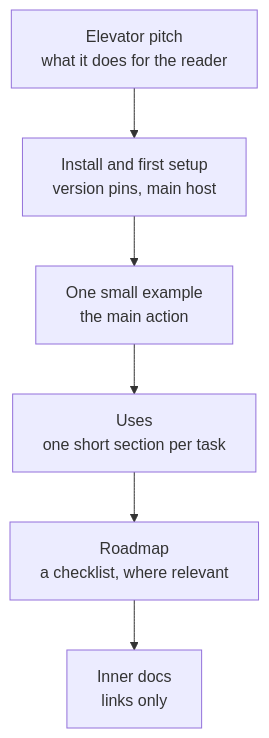
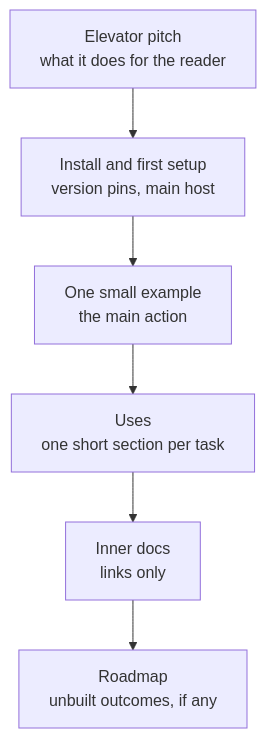
One commit to wrkhse/workhorse changed the first of 2 diagrams in docs/repository-standards.md. Above: the diagram before and after it, drawn with Mermaid. The commit also changed other lines of this file and 21 other files, not shown here.

````diff
--- a/docs/repository-standards.md
+++ b/docs/repository-standards.md
@@ -10,9 +11,9 @@
 ```mermaid
 flowchart TB
     Pitch["Elevator pitch<br/>what it does for the reader"] --> Setup
     Setup["Install and first setup<br/>version pins, main host"] --> Example
     Example["One small example<br/>the main action"] --> Uses
-    Uses["Uses<br/>one short section per task"] --> Roadmap
-    Roadmap["Roadmap<br/>a checklist, where relevant"] --> Inner
-    Inner["Inner docs<br/>links only"]
+    Uses["Uses<br/>one short section per task"] --> Inner
+    Inner["Inner docs<br/>links only"] --> Roadmap
+    Roadmap["Roadmap<br/>unbuilt outcomes, if any"]
 ```
````
